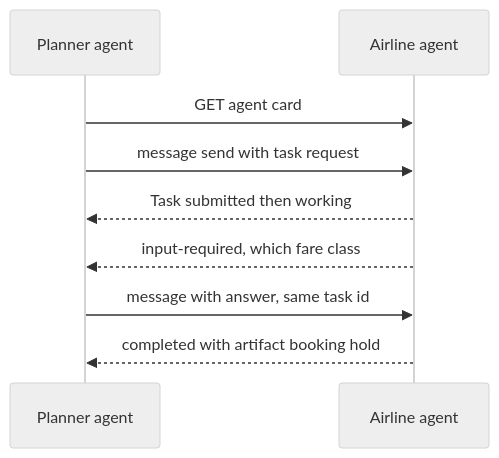
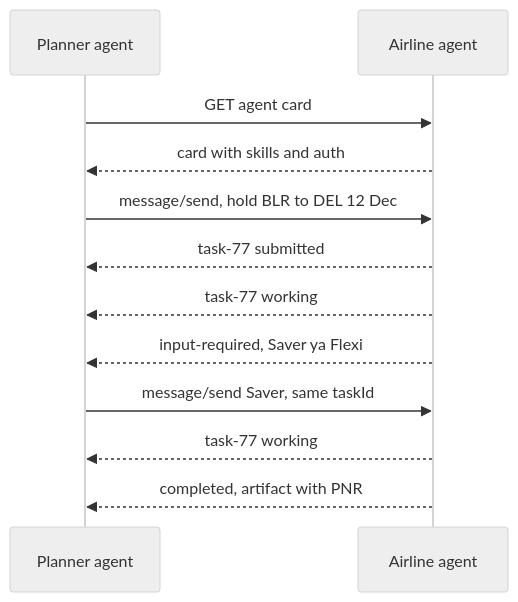
Diagram 12 of 15 in content/11-agentic/07-tools-mcp-a2a.md (flow6979/viewinter), drawn with Mermaid (neutral theme) before and after one commit. The commit also changed other lines of this file and 26 other files, not shown here.

First line of the commit message:
Agentic AI: rewrite all 13 pages to explain from scratch; animate diagrams on every article

````diff
--- a/content/11-agentic/07-tools-mcp-a2a.md
+++ b/content/11-agentic/07-tools-mcp-a2a.md
@@ -261,11 +794,14 @@
 ```mermaid
 sequenceDiagram
     participant P as Planner agent
     participant A as Airline agent
     P->>A: GET agent card
-    P->>A: message send with task request
-    A-->>P: Task submitted then working
-    A-->>P: input-required, which fare class
-    P->>A: message with answer, same task id
-    A-->>P: completed with artifact booking hold
+    A-->>P: card with skills and auth
+    P->>A: message/send, hold BLR to DEL 12 Dec
+    A-->>P: task-77 submitted
+    A-->>P: task-77 working
+    A-->>P: input-required, Saver ya Flexi
+    P->>A: message/send Saver, same taskId
+    A-->>P: task-77 working
+    A-->>P: completed, artifact with PNR
 ```
````
